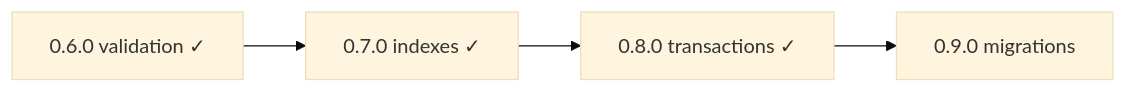
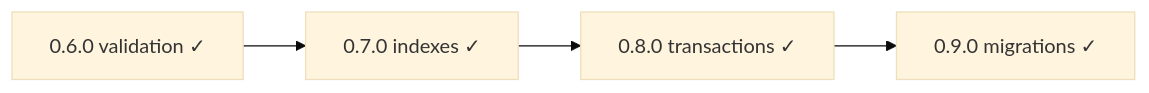
The diagram in ROADMAP.md (eddiethedean/typra), drawn with Mermaid (base theme) before and after one commit. The commit also changed other lines of this file, not shown here.

First line of the commit message:
docs(roadmap): mark 0.9.0 delivered

````diff
--- a/ROADMAP.md
+++ b/ROADMAP.md
@@ -46,8 +46,8 @@
 ```mermaid
 flowchart LR
   v060["0.6.0 validation ✓"]
   v070["0.7.0 indexes ✓"]
   v080["0.8.0 transactions ✓"]
-  v090["0.9.0 migrations"]
+  v090["0.9.0 migrations ✓"]
   v060 --> v070 --> v080 --> v090
 ```
````
